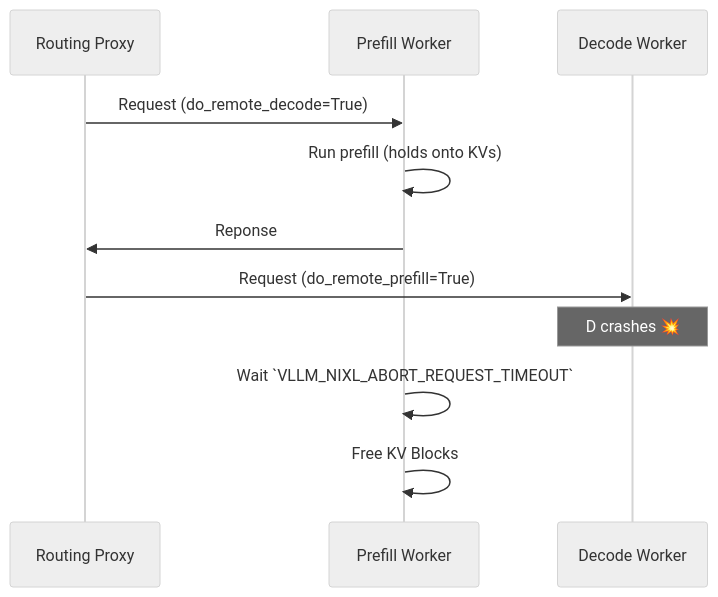
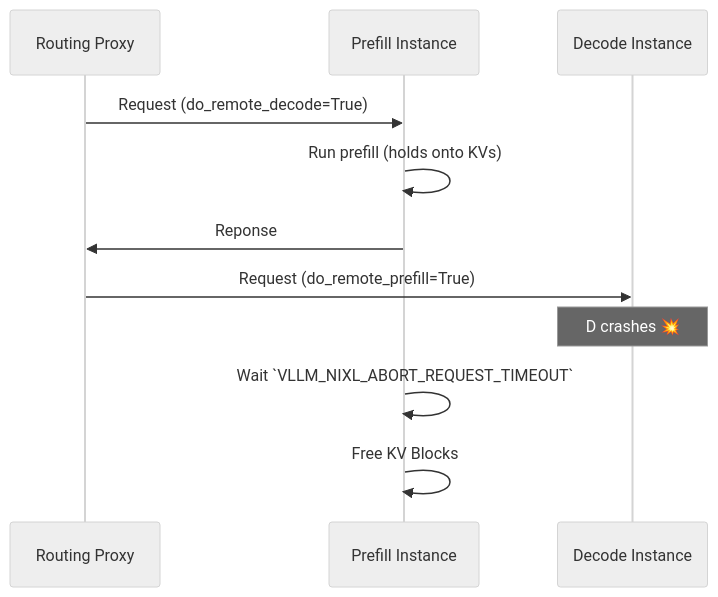
One commit to llm-d/llm-d changed the fourth of 4 diagrams in docs/wip-docs-new/architecture/advanced/disaggregation/operations-vllm.md. Above: the diagram before and after it, drawn with Mermaid (neutral theme). The commit also changed other lines of this file and 1 other file, not shown here.

````diff
--- a/docs/wip-docs-new/architecture/advanced/disaggregation/operations-vllm.md
+++ b/docs/wip-docs-new/architecture/advanced/disaggregation/operations-vllm.md
@@ -131,16 +132,16 @@
 ```mermaid
 sequenceDiagram
     participant R as Routing Proxy
-    participant P as Prefill Worker
-    participant D as Decode Worker
+    participant P as Prefill Instance
+    participant D as Decode Instance
 
     R->>P: Request (do_remote_decode=True)
     P->>P: Run prefill (holds onto KVs)
     P->>R: Reponse
 
     R->>D: Request (do_remote_prefill=True)
     note over D: D crashes 💥
 
     P->>P: Wait `VLLM_NIXL_ABORT_REQUEST_TIMEOUT`
     P->>P: Free KV Blocks
 ```
````
